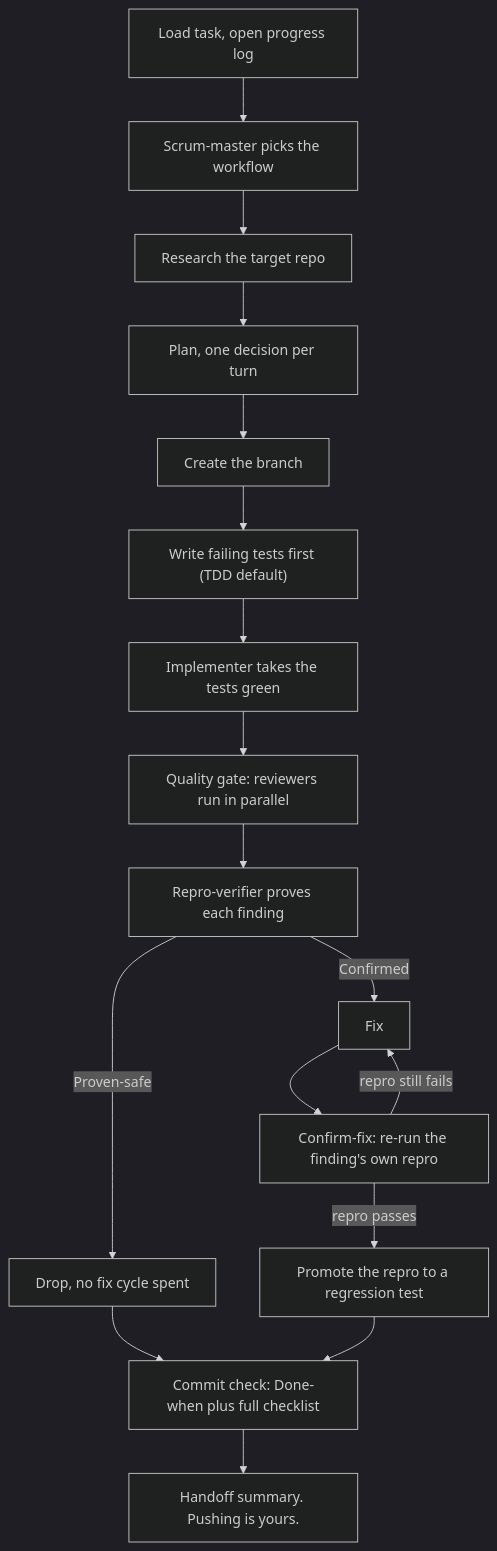
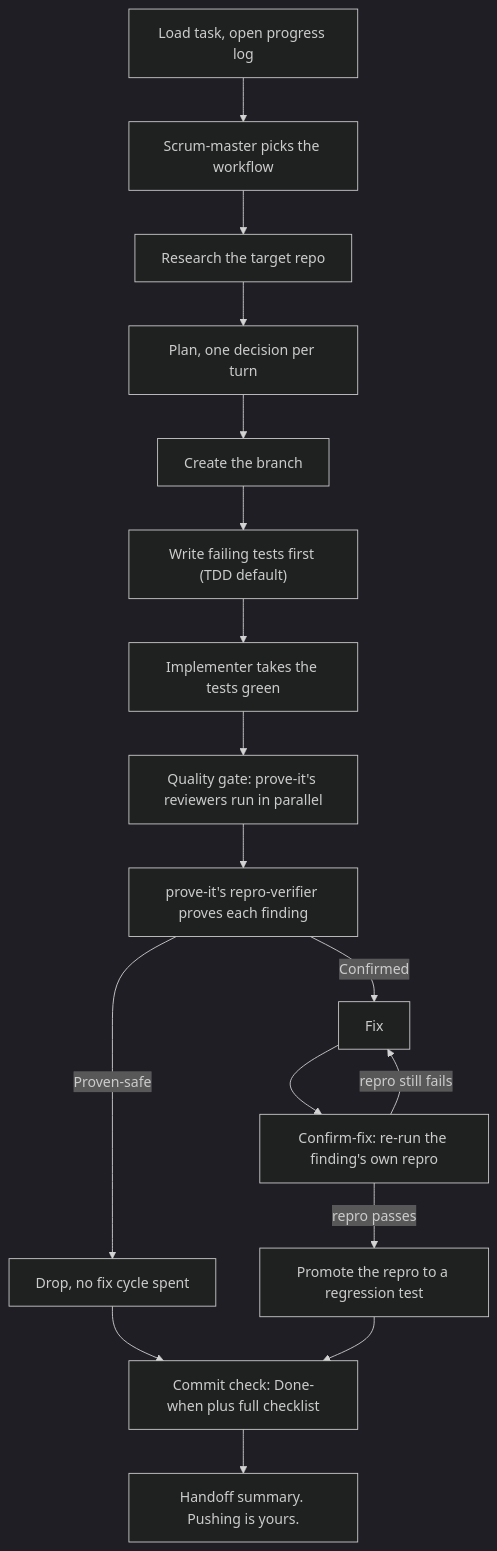
The diagram in plugins/adze-bonch/docs/how-it-works.md (ironmoose/adze-bonch), drawn with Mermaid (dark theme) before and after one commit. The commit also changed other lines of this file and 14 other files, not shown here.

````diff
--- a/plugins/adze-bonch/docs/how-it-works.md
+++ b/plugins/adze-bonch/docs/how-it-works.md
@@ -110,19 +110,19 @@
 ```mermaid
 flowchart TD
     A["Load task, open progress log"] --> B["Scrum-master picks the workflow"]
     B --> C["Research the target repo"]
     C --> D["Plan, one decision per turn"]
     D --> E["Create the branch"]
     E --> F["Write failing tests first (TDD default)"]
     F --> G["Implementer takes the tests green"]
-    G --> H["Quality gate: reviewers run in parallel"]
-    H --> I["Repro-verifier proves each finding"]
+    G --> H["Quality gate: prove-it's reviewers run in parallel"]
+    H --> I["prove-it's repro-verifier proves each finding"]
     I -->|Confirmed| J["Fix"]
     I -->|Proven-safe| K["Drop, no fix cycle spent"]
     J --> L["Confirm-fix: re-run the finding's own repro"]
     L -->|repro still fails| J
     L -->|repro passes| M["Promote the repro to a regression test"]
     K --> N["Commit check: Done-when plus full checklist"]
     M --> N
     N --> O["Handoff summary. Pushing is yours."]
 ```
````
